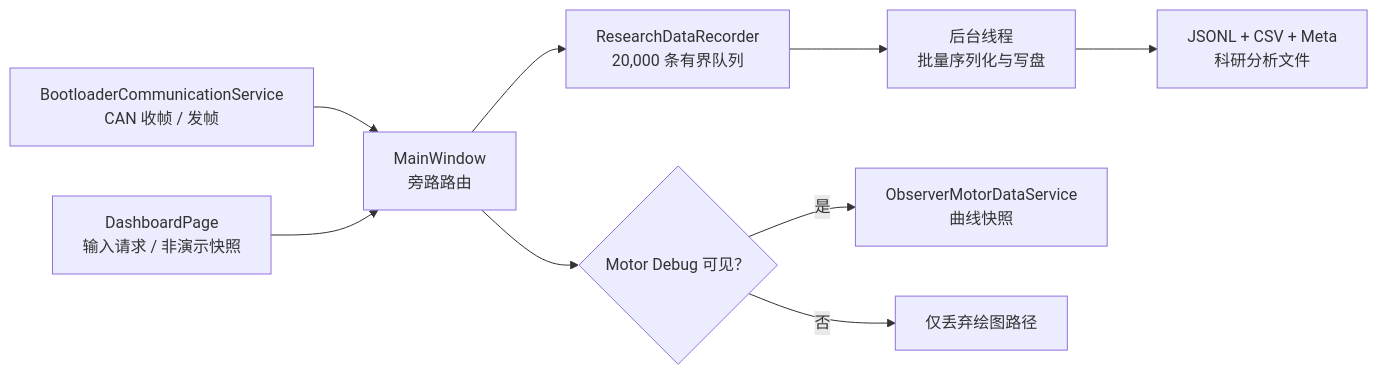
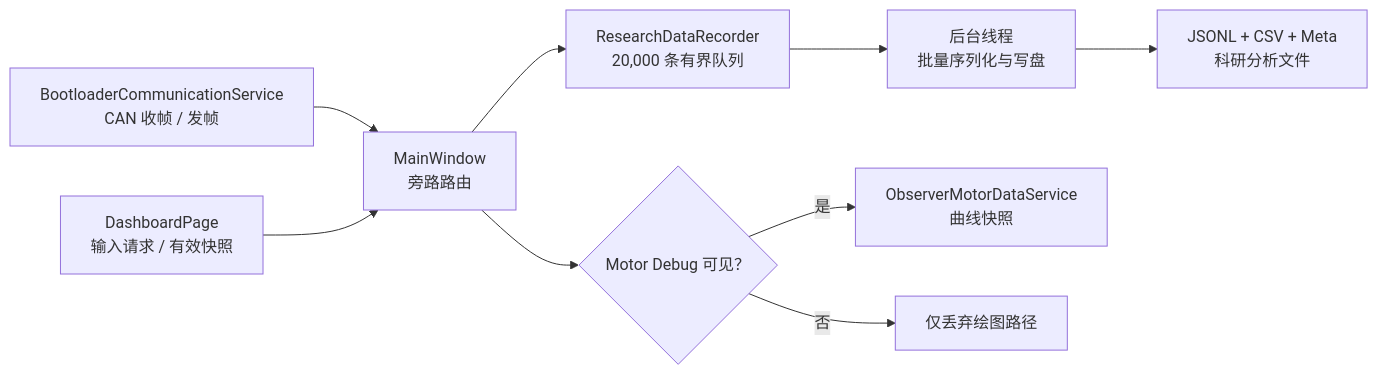
The third of 8 diagrams in docs/architecture.md (FlyFish0825/Underwater_GUI), drawn with Mermaid before and after one commit. The commit also changed 26 other files, not shown here.

````diff
--- a/docs/architecture.md
+++ b/docs/architecture.md
@@ -70,17 +70,17 @@
 ```mermaid
 flowchart LR
     gateway[BootloaderCommunicationService<br/>CAN 收帧 / 发帧]
-    dashboard[DashboardPage<br/>输入请求 / 非演示快照]
+    dashboard[DashboardPage<br/>输入请求 / 有效快照]
     main[MainWindow<br/>旁路路由]
     queue[ResearchDataRecorder<br/>20,000 条有界队列]
     worker[后台线程<br/>批量序列化与写盘]
     files[JSONL + CSV + Meta<br/>科研分析文件]
     plotGate{Motor Debug 可见？}
     plot[ObserverMotorDataService<br/>曲线快照]
 
     gateway --> main --> queue --> worker --> files
     dashboard --> main
     main --> plotGate
     plotGate -->|是| plot
     plotGate -->|否| discard[仅丢弃绘图路径]
 ```
````
